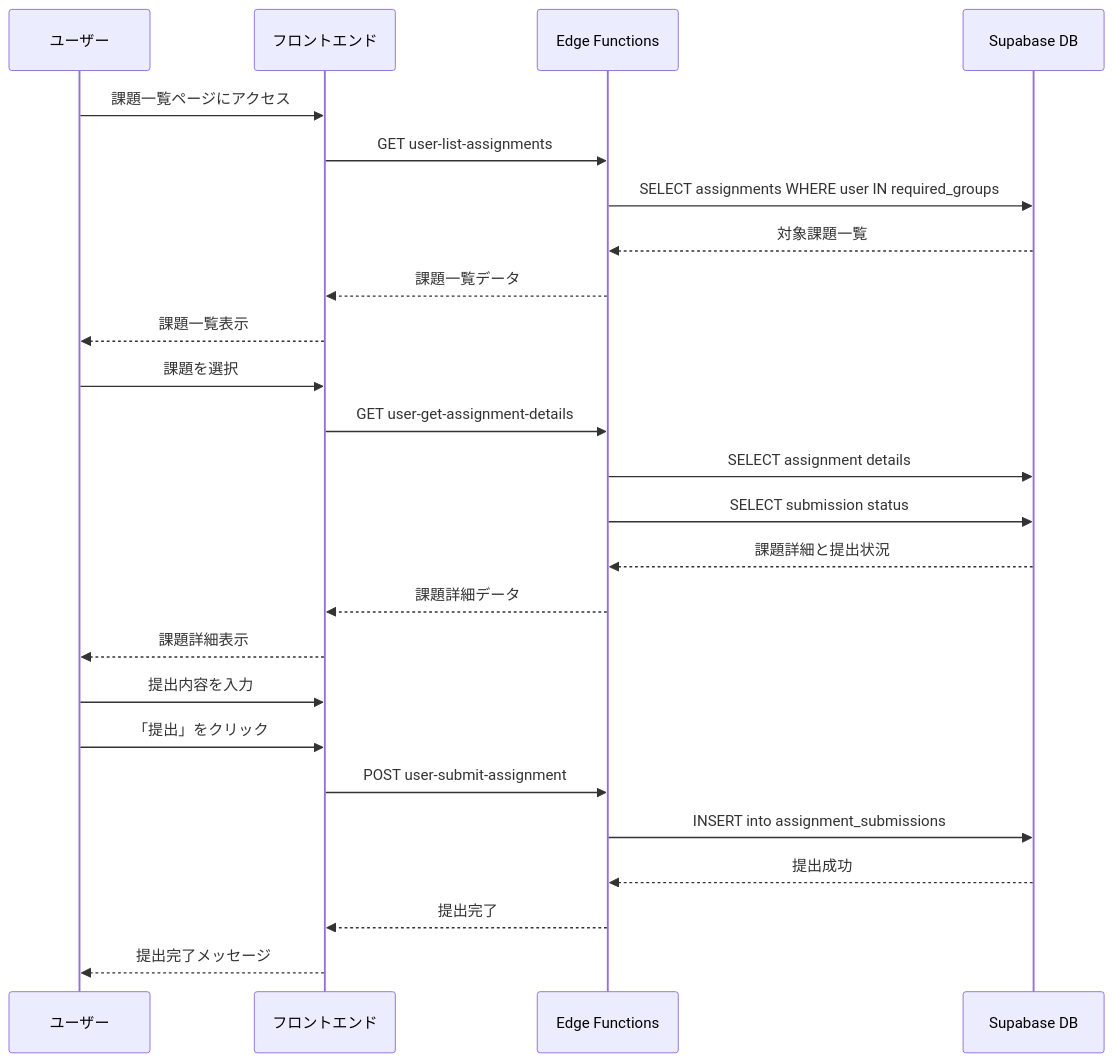
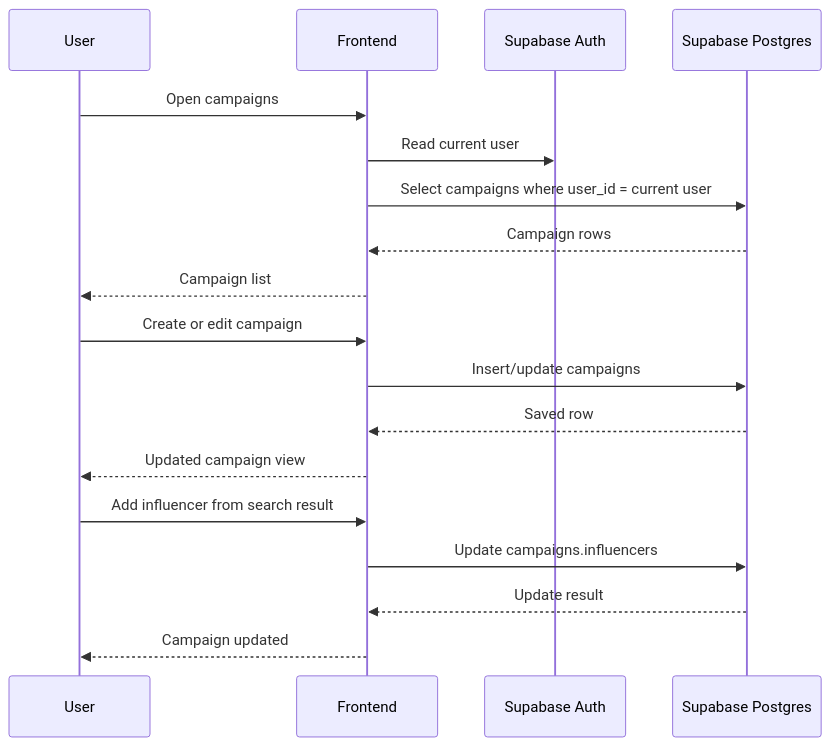
One commit to rodomani/influencer-list-up changed the diagram in docs/assignment-usage-scenario.md. Above: the diagram before and after it, drawn with Mermaid. The commit also changed other lines of this file and 220 other files, not shown here.

````diff
--- a/docs/assignment-usage-scenario.md
+++ b/docs/assignment-usage-scenario.md
@@ -95,30 +53,23 @@
 ```mermaid
 sequenceDiagram
-    participant User as ユーザー
-    participant UI as フロントエンド
-    participant API as Edge Functions
-    participant DB as Supabase DB
+  participant User
+  participant UI as Frontend
+  participant Auth as Supabase Auth
+  participant DB as Supabase Postgres
 
-    User->>UI: 課題一覧ページにアクセス
-    UI->>API: GET user-list-assignments
-    API->>DB: SELECT assignments WHERE user IN required_groups
-    DB-->>API: 対象課題一覧
-    API-->>UI: 課題一覧データ
-    UI-->>User: 課題一覧表示
+  User->>UI: Open campaigns
+  UI->>Auth: Read current user
+  UI->>DB: Select campaigns where user_id = current user
+  DB-->>UI: Campaign rows
+  UI-->>User: Campaign list
 
-    User->>UI: 課題を選択
-    UI->>API: GET user-get-assignment-details
-    API->>DB: SELECT assignment details
-    API->>DB: SELECT submission status
-    DB-->>API: 課題詳細と提出状況
-    API-->>UI: 課題詳細データ
-    UI-->>User: 課題詳細表示
+  User->>UI: Create or edit campaign
+  UI->>DB: Insert/update campaigns
+  DB-->>UI: Saved row
+  UI-->>User: Updated campaign view
 
-    User->>UI: 提出内容を入力
-    User->>UI: 「提出」をクリック
-    UI->>API: POST user-submit-assignment
-    API->>DB: INSERT into assignment_submissions
-    DB-->>API: 提出成功
-    API-->>UI: 提出完了
-    UI-->>User: 提出完了メッセージ
+  User->>UI: Add influencer from search result
+  UI->>DB: Update campaigns.influencers
+  DB-->>UI: Update result
+  UI-->>User: Campaign updated
 ```
````
